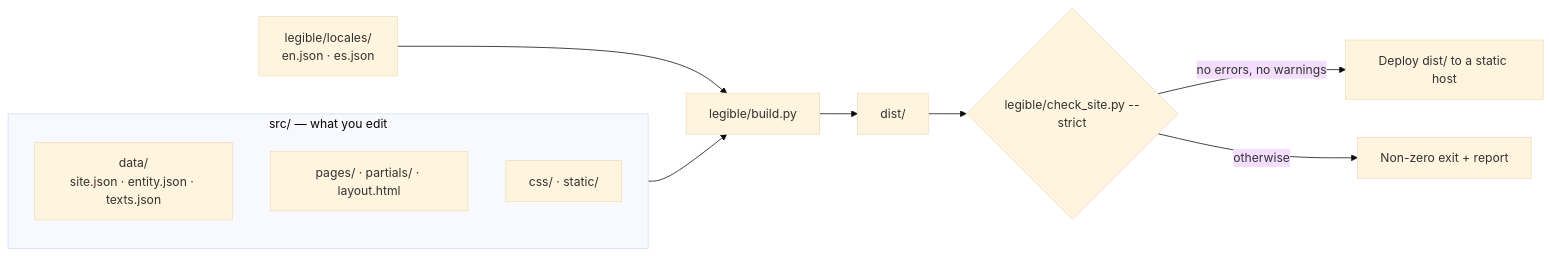
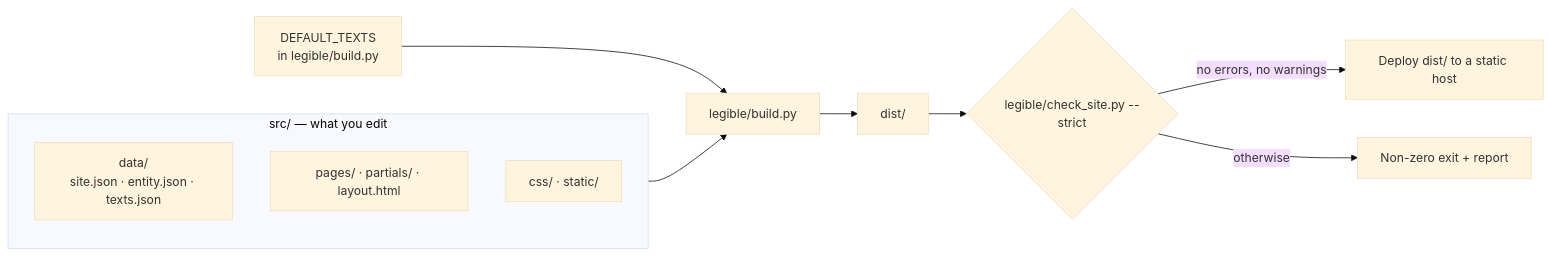
Before and after one commit to angelmaturana/legible: the first of 2 diagrams in DOCUMENTATION.md, drawn with Mermaid (base theme). The commit also changed other lines of this file and 8 other files, not shown here.

````diff
--- a/DOCUMENTATION.md
+++ b/DOCUMENTATION.md
@@ -100,14 +102,14 @@
 ```mermaid
 flowchart LR
     subgraph SRC["src/ — what you edit"]
         D["data/<br/>site.json · entity.json · texts.json"]
         P["pages/ · partials/ · layout.html"]
         S["css/ · static/"]
     end
     SRC --> B["legible/build.py"]
-    L["legible/locales/<br/>en.json · es.json"] --> B
+    L["DEFAULT_TEXTS<br/>in legible/build.py"] --> B
     B --> C["dist/"]
     C --> V{"legible/check_site.py --strict"}
     V -- "no errors, no warnings" --> E["Deploy dist/ to a static host"]
     V -- "otherwise" --> F["Non-zero exit + report"]
 ```
````
